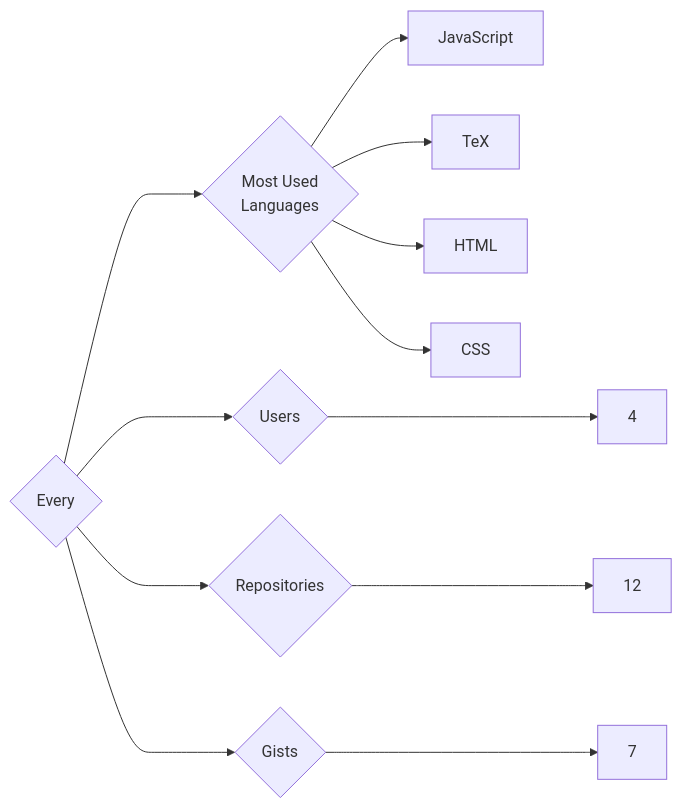
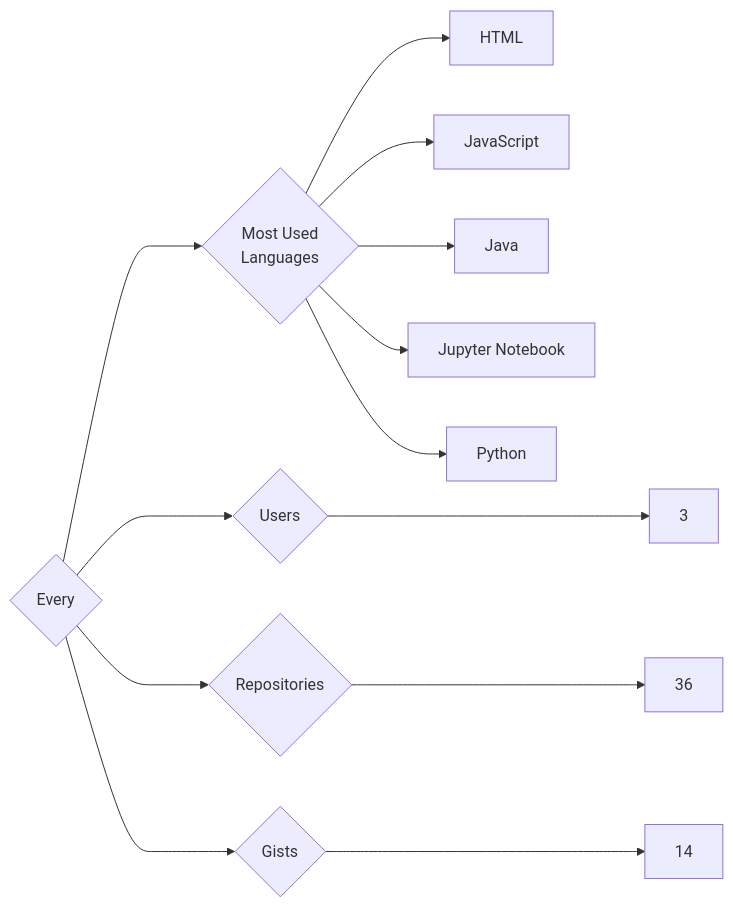
One commit to trickest/insiders changed the diagram in targets/Every/README.md. Above: the diagram before and after it, drawn with Mermaid. The commit also changed 865 other files, not shown here.

````diff
--- a/targets/Every/README.md
+++ b/targets/Every/README.md
@@ -3,12 +3,13 @@
 ```mermaid
 graph LR
 COMPANY_NAME{Every}
-COMPANY_NAME ---> U{Users} ---> UN[4]
-COMPANY_NAME ---> R{Repositories} ---> RN[12]
-COMPANY_NAME ---> G{Gists} ---> GN[7]
+COMPANY_NAME ---> U{Users} ---> UN[3]
+COMPANY_NAME ---> R{Repositories} ---> RN[36]
+COMPANY_NAME ---> G{Gists} ---> GN[14]
 COMPANY_NAME ---> ML{Most Used<br>Languages}
+ML --> HTML[HTML]
 ML --> JavaScript[JavaScript]
-ML --> TeX[TeX]
-ML --> HTML[HTML]
-ML --> CSS[CSS]
+ML --> Java[Java]
+ML --> Jupyter_Notebook[Jupyter Notebook]
+ML --> Python[Python]
 ```
````
